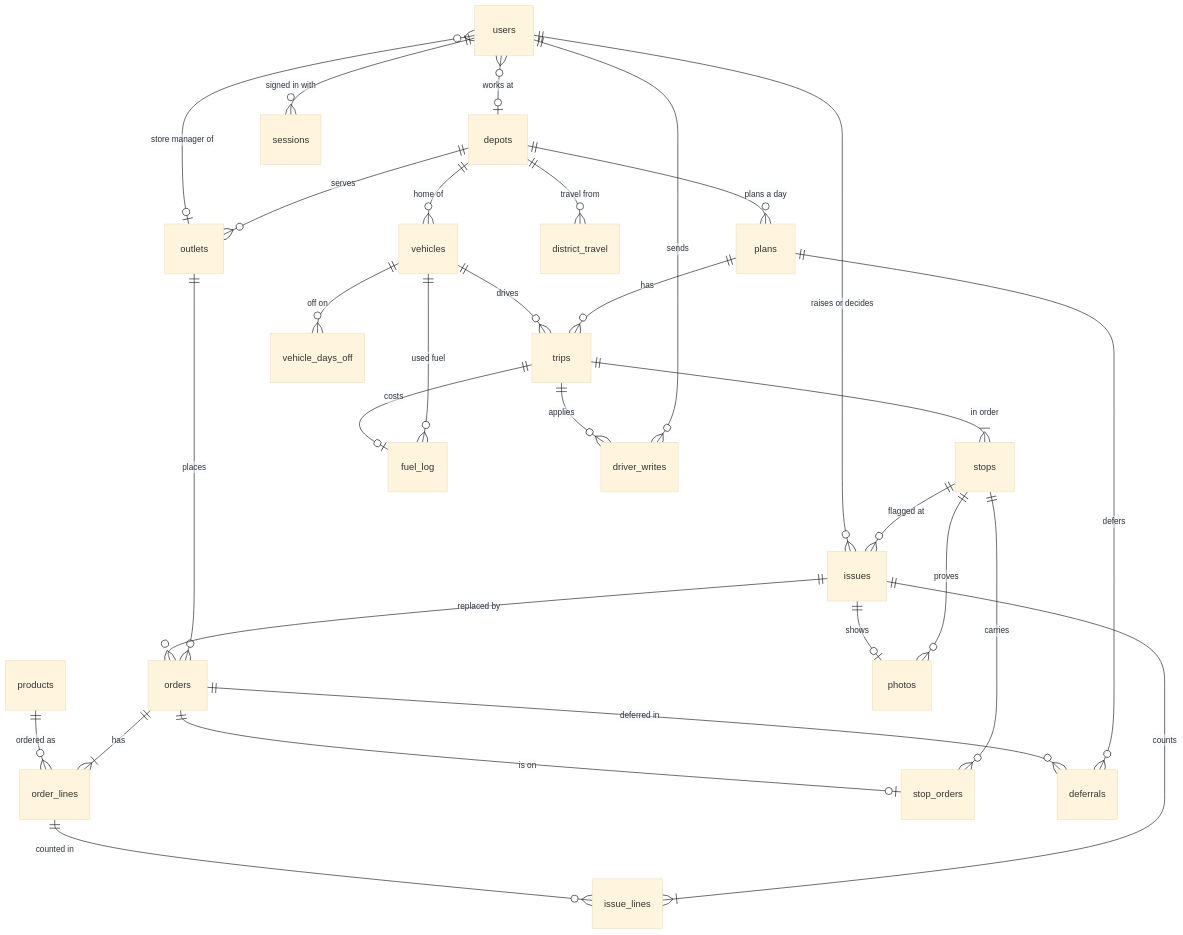
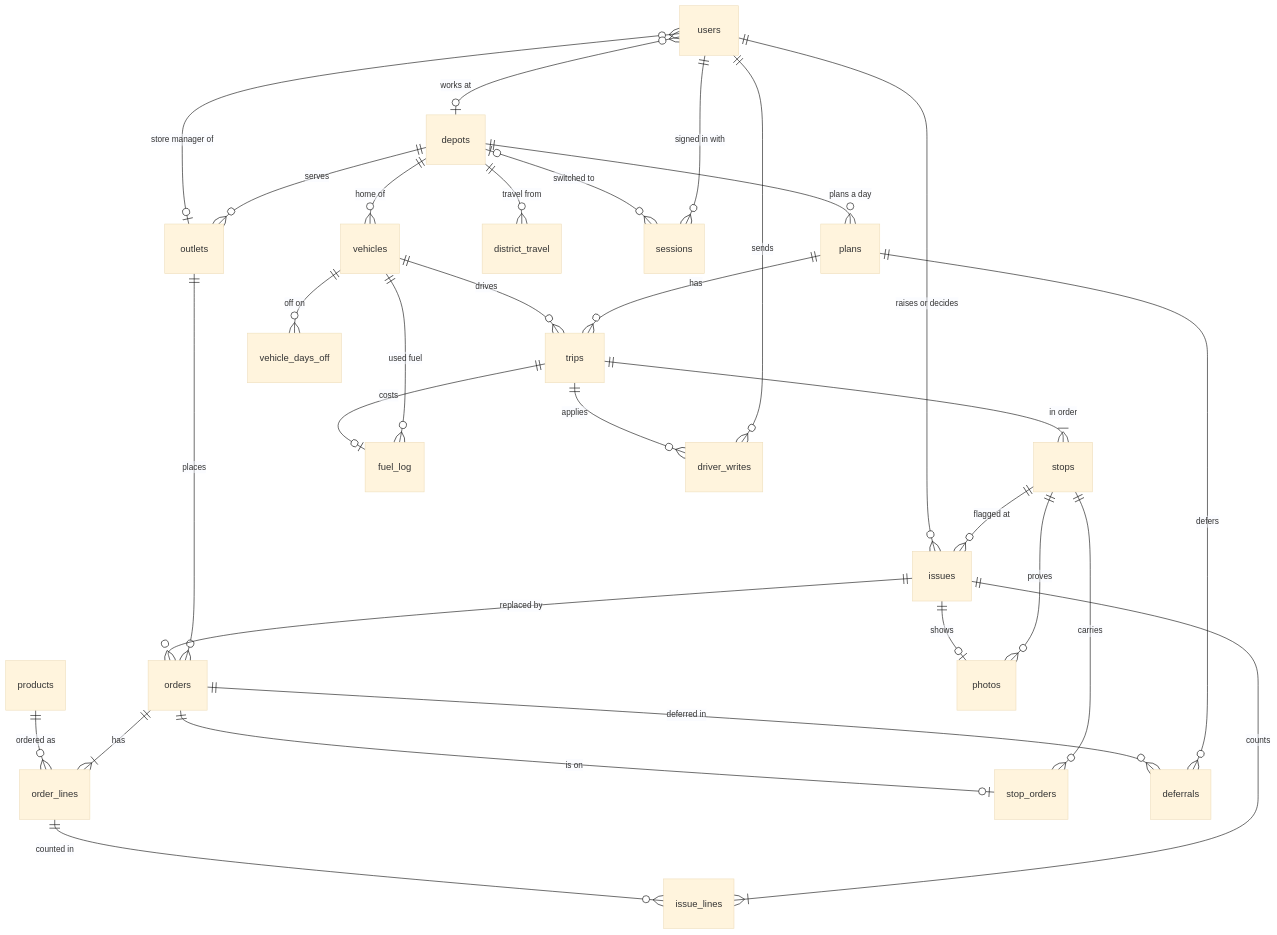
One commit to nabil11111/Vectorious_Wayfinder changed the diagram in docs/data-model.md. Above: the diagram before and after it, drawn with Mermaid (base theme). The commit also changed other lines of this file and 43 other files, not shown here.

````diff
--- a/docs/data-model.md
+++ b/docs/data-model.md
@@ -6,32 +6,33 @@
 ```mermaid
 erDiagram
     depots ||--o{ outlets : serves
     depots ||--o{ vehicles : "home of"
     depots ||--o{ district_travel : "travel from"
     outlets ||--o{ orders : places
     orders ||--|{ order_lines : has
     products ||--o{ order_lines : "ordered as"
     users }o--o| outlets : "store manager of"
     users }o--o| depots : "works at"
     users ||--o{ sessions : "signed in with"
+    depots |o--o{ sessions : "switched to"
     depots ||--o{ plans : "plans a day"
     plans ||--o{ trips : has
     vehicles ||--o{ trips : drives
     trips ||--|{ stops : "in order"
     stops ||--o{ stop_orders : carries
     orders ||--o| stop_orders : "is on"
     plans ||--o{ deferrals : "defers"
     orders ||--o{ deferrals : "deferred in"
     vehicles ||--o{ vehicle_days_off : "off on"
     vehicles ||--o{ fuel_log : "used fuel"
     trips ||--o| fuel_log : "costs"
     stops ||--o{ issues : "flagged at"
     issues ||--|{ issue_lines : counts
     order_lines ||--o{ issue_lines : "counted in"
     users ||--o{ issues : "raises or decides"
     users ||--o{ driver_writes : sends
     trips ||--o{ driver_writes : applies
     stops ||--o{ photos : proves
     issues ||--o| photos : shows
     issues ||--o{ orders : "replaced by"
 ```
````
